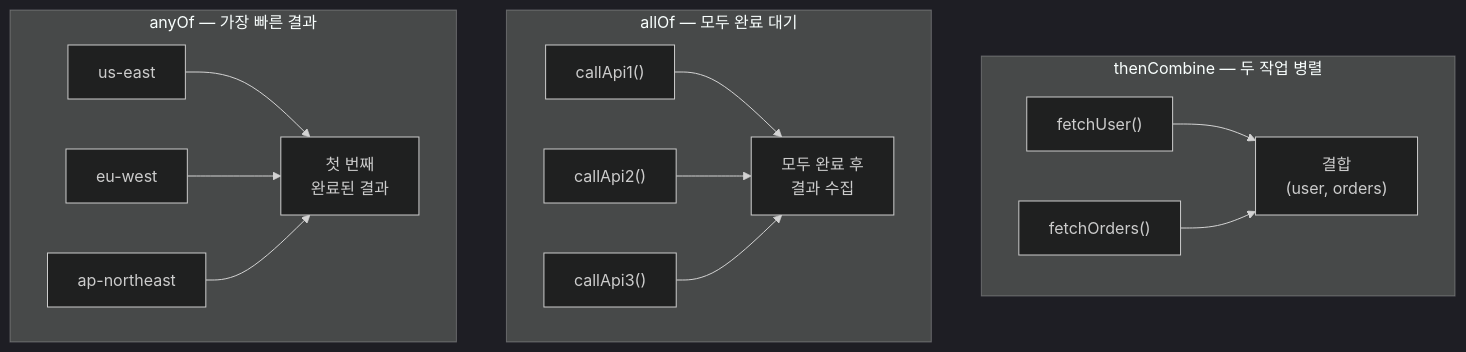
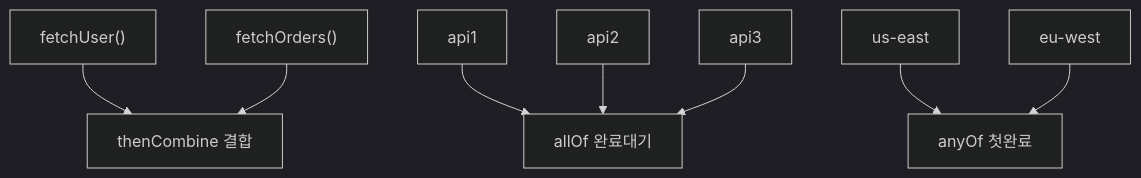
Before and after one commit to yjkim2015/yjkim2015.github.io: the second of 3 diagrams in _posts/java/2026-05-01-java-completablefuture.md, drawn with Mermaid (dark theme). The commit also changed other lines of this file and 215 other files, not shown here.

First line of the commit message:
신규 포스트 10개 추가 + Mermaid 전면 축소 + SystemDesign 시리즈 보강

````diff
--- a/_posts/java/2026-05-01-java-completablefuture.md
+++ b/_posts/java/2026-05-01-java-completablefuture.md
@@ -256,17 +256,10 @@
 ```mermaid
 flowchart TD
-    subgraph "thenCombine — 두 작업 병렬"
-        A1["fetchUser()"] --> C1["결합\n(user, orders)"]
-        B1["fetchOrders()"] --> C1
-    end
-    subgraph "allOf — 모두 완료 대기"
-        A2["callApi1()"] --> D["모두 완료 후\n결과 수집"]
-        B2["callApi2()"] --> D
-        C2["callApi3()"] --> D
-    end
-    subgraph "anyOf — 가장 빠른 결과"
-        A3["us-east"] --> E["첫 번째\n완료된 결과"]
-        B3["eu-west"] --> E
-        C3["ap-northeast"] --> E
-    end
+    A1["fetchUser()"] --> C1["thenCombine 결합"]
+    B1["fetchOrders()"] --> C1
+    A2["api1"] --> D["allOf 완료대기"]
+    B2["api2"] --> D
+    C2["api3"] --> D
+    A3["us-east"] --> E["anyOf 첫완료"]
+    B3["eu-west"] --> E
 ```
````
